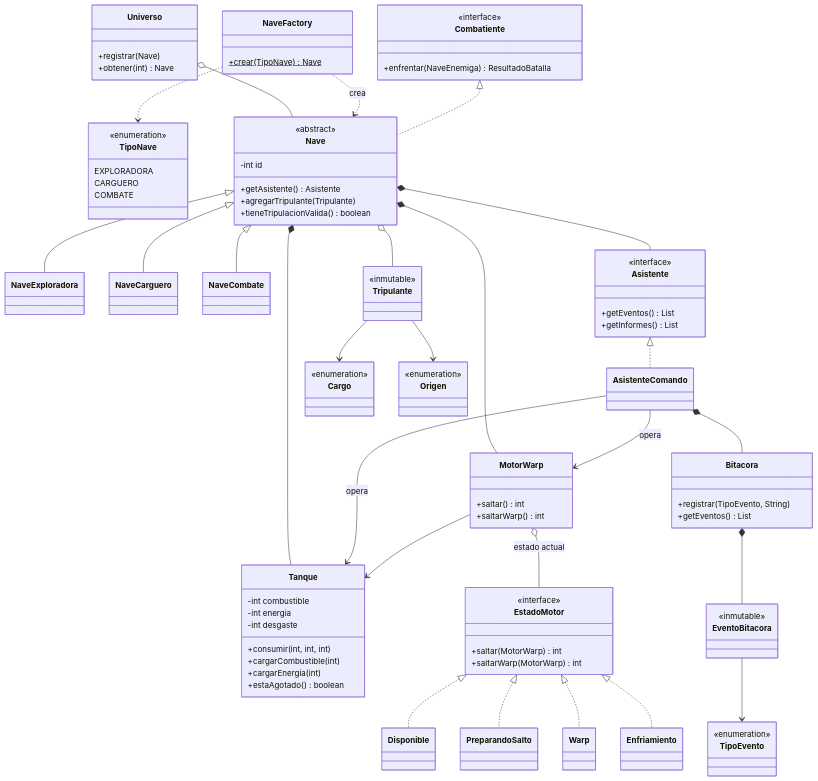
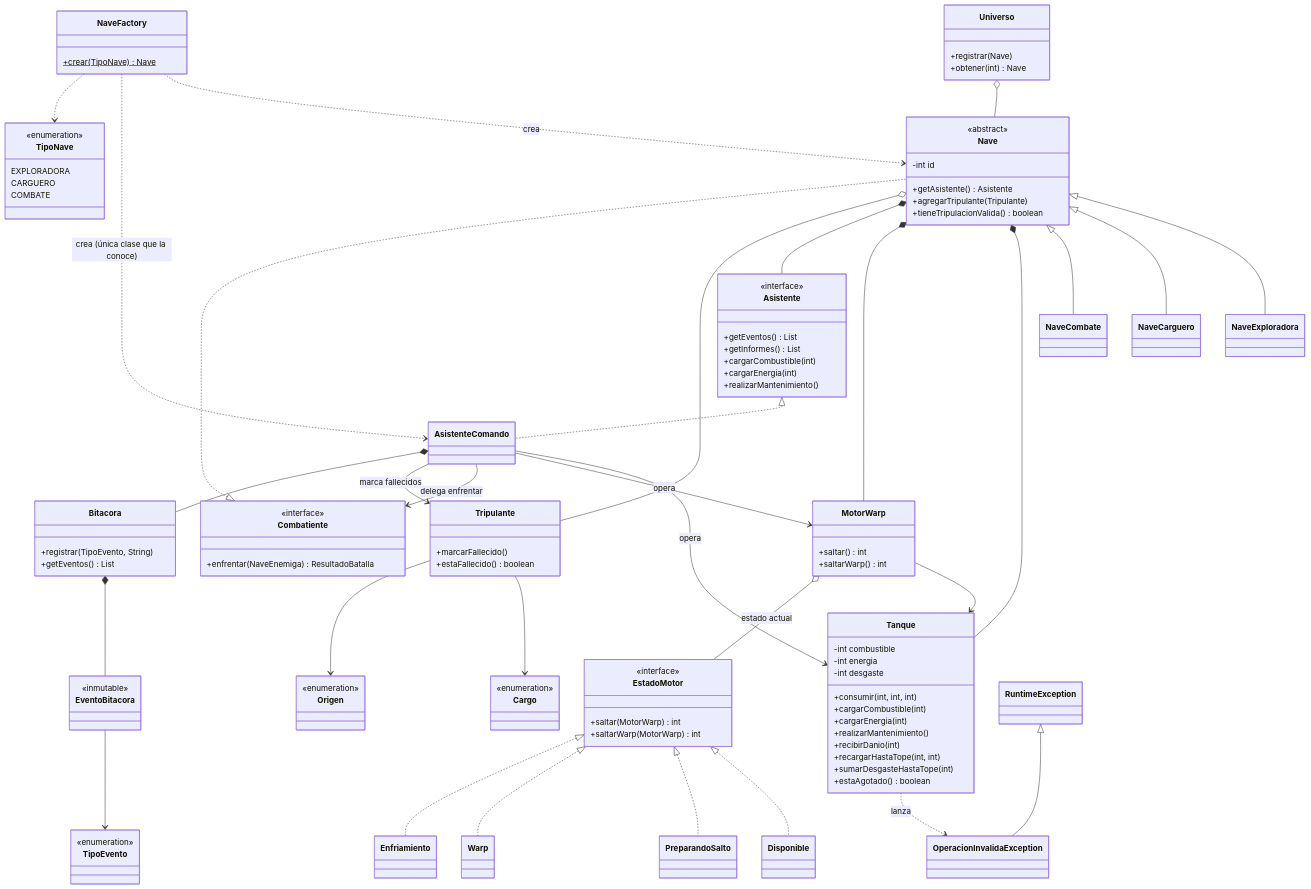
Before and after one commit to pedro-lorenzo/TPG_Software_Embarcado: the first of 5 diagrams in docs/uml/diagrama-clases.md, drawn with Mermaid. The commit also changed other lines of this file and 6 other files, not shown here.

````diff
--- a/docs/uml/diagrama-clases.md
+++ b/docs/uml/diagrama-clases.md
@@ -41,6 +41,9 @@
         <<interface>>
         +getEventos() List
         +getInformes() List
+        +cargarCombustible(int)
+        +cargarEnergia(int)
+        +realizarMantenimiento()
     }
     class AsistenteComando
     class Tanque {
@@ -50,6 +53,10 @@
         +consumir(int, int, int)
         +cargarCombustible(int)
         +cargarEnergia(int)
+        +realizarMantenimiento()
+        +recibirDanio(int)
+        +recargarHastaTope(int, int)
+        +sumarDesgasteHastaTope(int)
         +estaAgotado() boolean
     }
     class MotorWarp {
@@ -76,7 +83,8 @@
         <<enumeration>>
     }
     class Tripulante {
-        <<inmutable>>
+        +marcarFallecido()
+        +estaFallecido() boolean
     }
     class Cargo {
         <<enumeration>>
@@ -84,9 +92,12 @@
     class Origen {
         <<enumeration>>
     }
+    class RuntimeException
+    class OperacionInvalidaException
 
     Universo o-- Nave
     NaveFactory ..> Nave : crea
+    NaveFactory ..> AsistenteComando : crea (única clase que la conoce)
     NaveFactory ..> TipoNave
     Combatiente <|.. Nave
     Nave <|-- NaveExploradora
@@ -99,6 +110,8 @@
     Asistente <|.. AsistenteComando
     AsistenteComando --> Tanque : opera
     AsistenteComando --> MotorWarp : opera
+    AsistenteComando --> Combatiente : delega enfrentar
+    AsistenteComando --> Tripulante : marca fallecidos
     AsistenteComando *-- Bitacora
     Bitacora *-- EventoBitacora
     EventoBitacora --> TipoEvento
@@ -110,4 +123,6 @@
     EstadoMotor <|.. Enfriamiento
     Tripulante --> Cargo
     Tripulante --> Origen
+    RuntimeException <|-- OperacionInvalidaException
+    Tanque ..> OperacionInvalidaException : lanza
 ```
````
